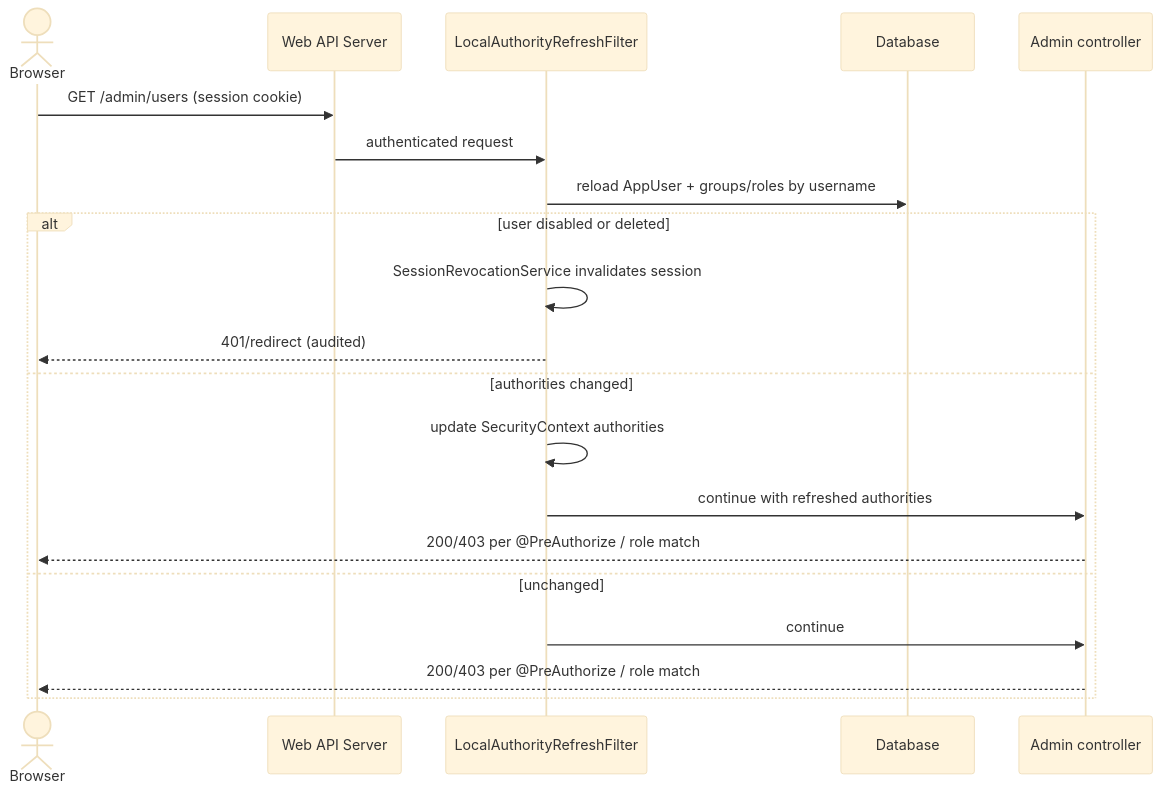
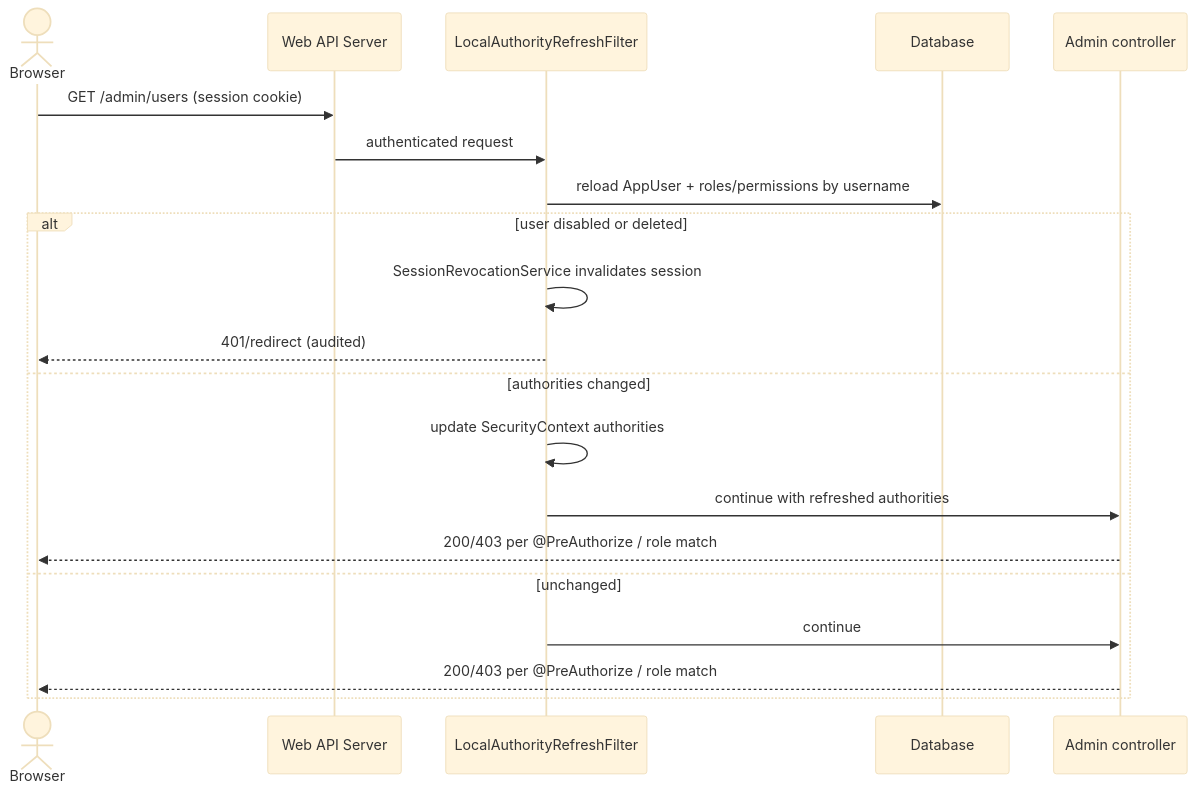
One commit to justin-tay/java-app-web-api-server-template changed the second of 4 diagrams in docs/system-design/06-runtime-view.md. Above: the diagram before and after it, drawn with Mermaid (base theme). The commit also changed other lines of this file and 29 other files, not shown here.

````diff
--- a/docs/system-design/06-runtime-view.md
+++ b/docs/system-design/06-runtime-view.md
@@ -68,23 +68,23 @@
 ```mermaid
 sequenceDiagram
     actor Browser
     participant App as Web API Server
     participant Refresh as LocalAuthorityRefreshFilter
     participant DB as Database
     participant Ctrl as Admin controller
 
     Browser->>App: GET /admin/users (session cookie)
     App->>Refresh: authenticated request
-    Refresh->>DB: reload AppUser + groups/roles by username
+    Refresh->>DB: reload AppUser + roles/permissions by username
     alt user disabled or deleted
         Refresh->>Refresh: SessionRevocationService invalidates session
         Refresh-->>Browser: 401/redirect (audited)
     else authorities changed
         Refresh->>Refresh: update SecurityContext authorities
         Refresh->>Ctrl: continue with refreshed authorities
         Ctrl-->>Browser: 200/403 per @PreAuthorize / role match
     else unchanged
         Refresh->>Ctrl: continue
         Ctrl-->>Browser: 200/403 per @PreAuthorize / role match
     end
 ```
````
